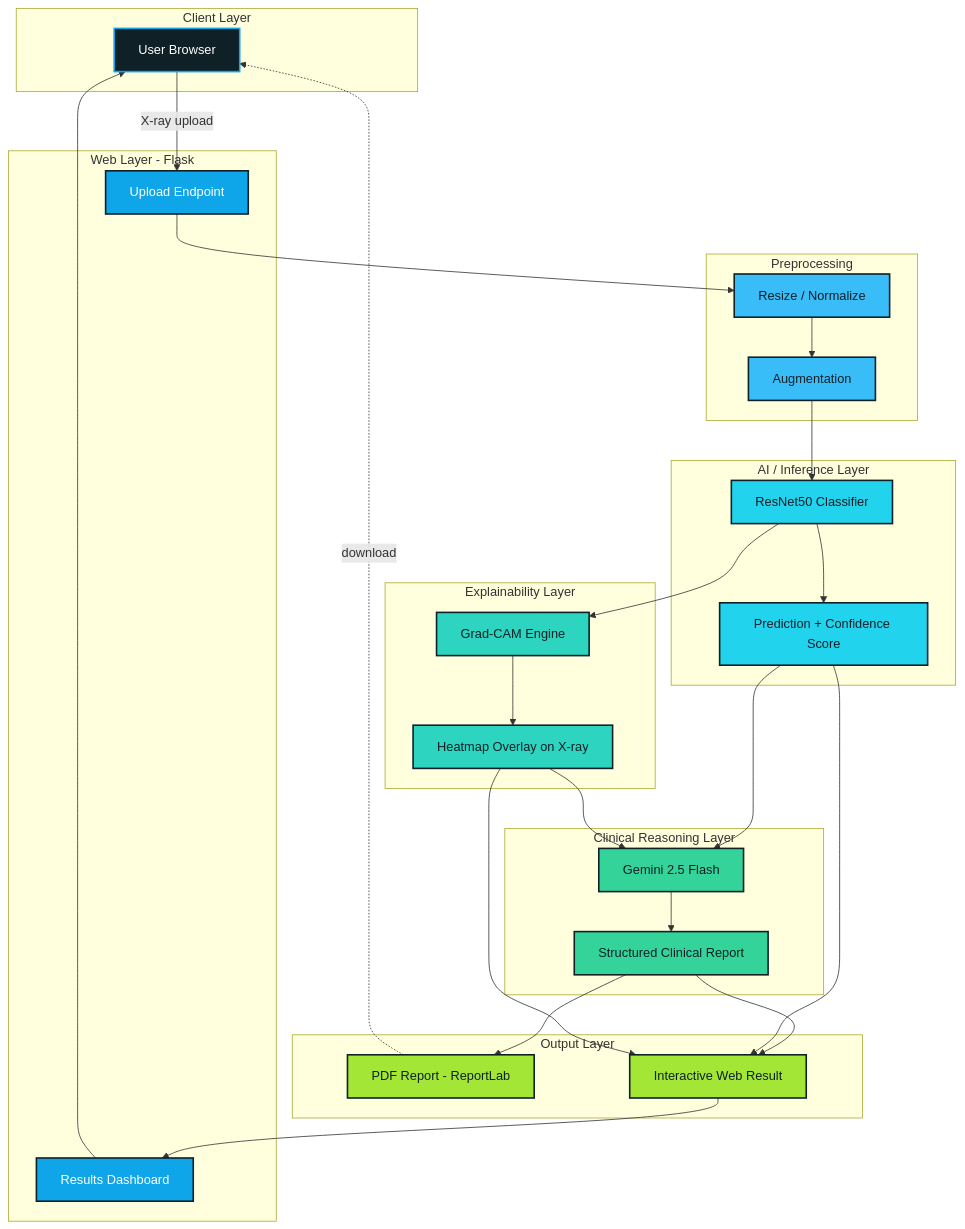
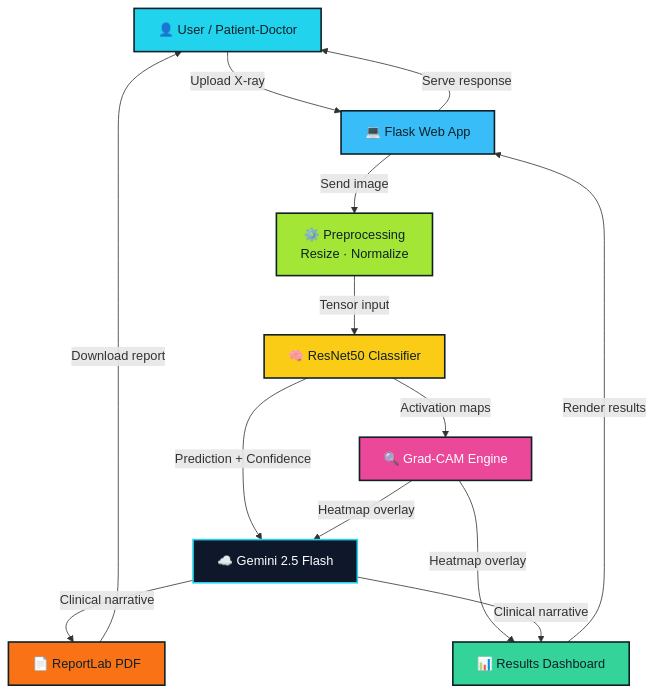
Before and after one commit to Biswajitpa/PNEUMONIA.AI: the first of 2 diagrams in README.md, drawn with Mermaid. The commit also changed other lines of this file, not shown here.

````diff
--- a/README.md
+++ b/README.md
@@ -44,66 +44,42 @@
 ```mermaid
 flowchart TD
-    subgraph Client["Client Layer"]
-        U[User Browser]
-    end
+    U[👤 User / Patient-Doctor]
+    WEB[💻 Flask Web App]
+    PRE[⚙️ Preprocessing<br/>Resize · Normalize]
+    CNN[🧠 ResNet50 Classifier]
+    GC[🔍 Grad-CAM Engine]
+    GEMINI[☁️ Gemini 2.5 Flash]
+    PDF[📄 ReportLab PDF]
+    DASH[📊 Results Dashboard]
 
-    subgraph Web["Web Layer - Flask"]
-        UP[Upload Endpoint]
-        DASH[Results Dashboard]
-    end
+    U -->|Upload X-ray| WEB
+    WEB -->|Send image| PRE
+    PRE -->|Tensor input| CNN
+    CNN -->|Prediction + Confidence| GEMINI
+    CNN -->|Activation maps| GC
+    GC -->|Heatmap overlay| GEMINI
+    GC -->|Heatmap overlay| DASH
+    GEMINI -->|Clinical narrative| PDF
+    GEMINI -->|Clinical narrative| DASH
+    PDF -->|Download report| U
+    DASH -->|Render results| WEB
+    WEB -->|Serve response| U
 
-    subgraph Preprocess["Preprocessing"]
-        RESIZE[Resize / Normalize]
-        AUG[Augmentation]
-    end
+    classDef user fill:#22d3ee,stroke:#0f2027,color:#0f2027,stroke-width:2px
+    classDef web fill:#38bdf8,stroke:#0f2027,color:#0f2027,stroke-width:2px
+    classDef prep fill:#a3e635,stroke:#0f2027,color:#0f2027,stroke-width:2px
+    classDef cnn fill:#facc15,stroke:#0f2027,color:#0f2027,stroke-width:2px
+    classDef gc fill:#ec4899,stroke:#0f2027,color:#ffffff,stroke-width:2px
+    classDef gemini fill:#0f172a,stroke:#22d3ee,color:#ffffff,stroke-width:2px
+    classDef pdf fill:#f97316,stroke:#0f2027,color:#0f2027,stroke-width:2px
+    classDef dash fill:#34d399,stroke:#0f2027,color:#0f2027,stroke-width:2px
 
-    subgraph AI["AI / Inference Layer"]
-        CNN[ResNet50 Classifier]
-        CONF[Prediction + Confidence Score]
-    end
-
-    subgraph XAI["Explainability Layer"]
-        GC[Grad-CAM Engine]
-        OVERLAY[Heatmap Overlay on X-ray]
-    end
-
-    subgraph LLM["Clinical Reasoning Layer"]
-        GEMINI[Gemini 2.5 Flash]
-        REPORT[Structured Clinical Report]
-    end
-
-    subgraph Output["Output Layer"]
-        PDF[PDF Report - ReportLab]
-        UI[Interactive Web Result]
-    end
-
-    U -->|X-ray upload| UP
-    UP --> RESIZE --> AUG --> CNN
-    CNN --> CONF
-    CNN --> GC --> OVERLAY
-    CONF --> GEMINI
-    OVERLAY --> GEMINI
-    GEMINI --> REPORT
-    REPORT --> PDF
-    REPORT --> UI
-    CONF --> UI
-    OVERLAY --> UI
-    UI --> DASH --> U
-    PDF -.->|download| U
-
-    classDef client fill:#0f2027,stroke:#0ea5e9,color:#ffffff,stroke-width:2px
-    classDef web fill:#0ea5e9,stroke:#0f2027,color:#ffffff,stroke-width:2px
-    classDef prep fill:#38bdf8,stroke:#0f2027,color:#0f2027,stroke-width:2px
-    classDef ai fill:#22d3ee,stroke:#0f2027,color:#0f2027,stroke-width:2px
-    classDef xai fill:#2dd4bf,stroke:#0f2027,color:#0f2027,stroke-width:2px
-    classDef llm fill:#34d399,stroke:#0f2027,color:#0f2027,stroke-width:2px
-    classDef output fill:#a3e635,stroke:#0f2027,color:#0f2027,stroke-width:2px
-
-    class U client
-    class UP,DASH web
-    class RESIZE,AUG prep
-    class CNN,CONF ai
-    class GC,OVERLAY xai
-    class GEMINI,REPORT llm
-    class PDF,UI output
+    class U user
+    class WEB web
+    class PRE prep
+    class CNN cnn
+    class GC gc
+    class GEMINI gemini
+    class PDF pdf
+    class DASH dash
 ```
````
